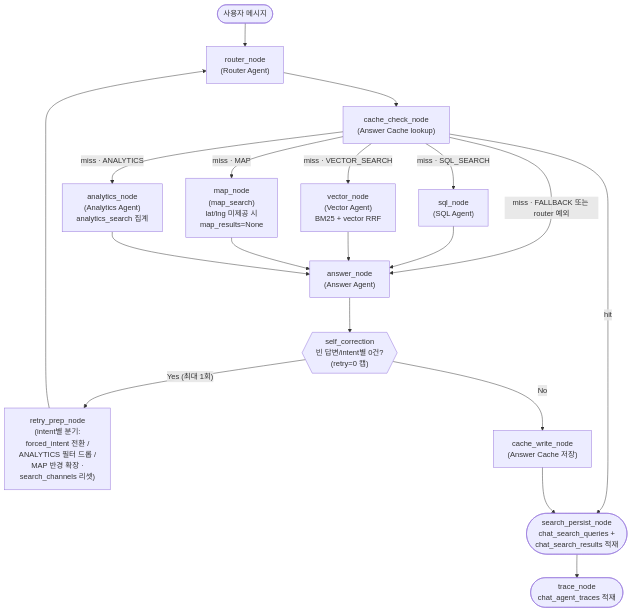
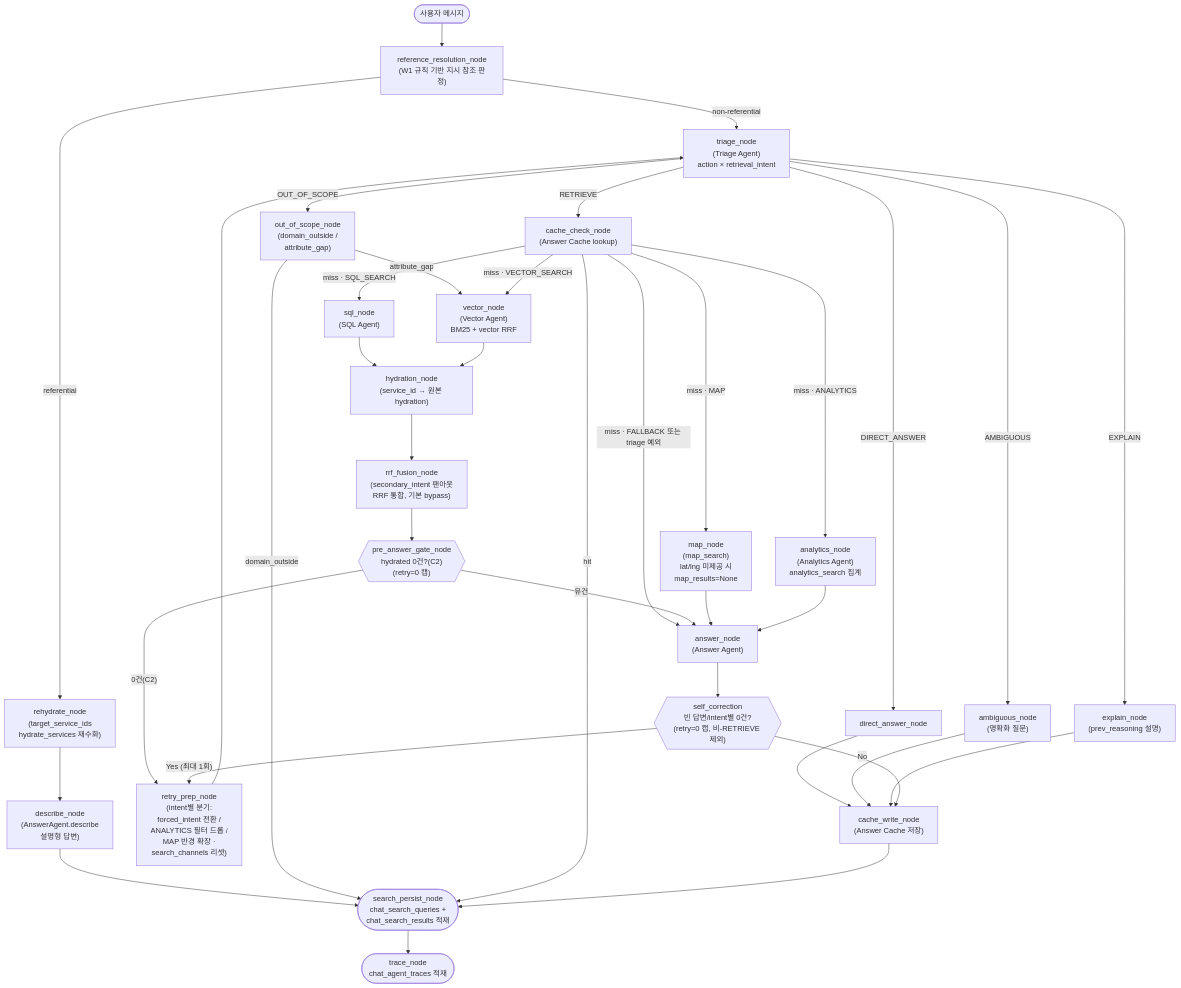
Before and after one commit to f-lab-edu/on-seoul: the diagram in on-seoul-agent/docs/ai-agent-design.md, drawn with Mermaid. The commit also changed other lines of this file and 2 other files, not shown here.

````diff
--- a/on-seoul-agent/docs/ai-agent-design.md
+++ b/on-seoul-agent/docs/ai-agent-design.md
@@ -21,37 +23,68 @@
 ```mermaid
 flowchart TD
     START(["사용자 메시지"])
-    ROUTER["router_node<br/>(Router Agent)"]
+    REF["reference_resolution_node<br/>(W1 규칙 기반 지시 참조 판정)"]
+    REHYDRATE["rehydrate_node<br/>(target_service_ids<br/>hydrate_services 재수화)"]
+    DESCRIBE["describe_node<br/>(AnswerAgent.describe<br/>설명형 답변)"]
+    TRIAGE["triage_node<br/>(Triage Agent)<br/>action × retrieval_intent"]
+    DIRECT["direct_answer_node"]
+    AMBIG["ambiguous_node<br/>(명확화 질문)"]
+    OOS["out_of_scope_node<br/>(domain_outside /<br/>attribute_gap)"]
+    EXPLAIN["explain_node<br/>(prev_reasoning 설명)"]
     CACHE_CHECK["cache_check_node<br/>(Answer Cache lookup)"]
     SQL["sql_node<br/>(SQL Agent)"]
     VECTOR["vector_node<br/>(Vector Agent)<br/>BM25 + vector RRF"]
     MAP["map_node<br/>(map_search)<br/>lat/lng 미제공 시<br/>map_results=None"]
     ANALYTICS["analytics_node<br/>(Analytics Agent)<br/>analytics_search 집계"]
+    HYDRATION["hydration_node<br/>(service_id → 원본 hydration)"]
+    RRF["rrf_fusion_node<br/>(secondary_intent 팬아웃<br/>RRF 통합, 기본 bypass)"]
+    GATE{{"pre_answer_gate_node<br/>hydrated 0건?(C2)<br/>(retry=0 캡)"}}
     ANSWER["answer_node<br/>(Answer Agent)"]
-    SELF_CORR{{"self_correction<br/>빈 답변/intent별 0건?<br/>(retry=0 캡)"}}
+    SELF_CORR{{"self_correction<br/>빈 답변/intent별 0건?<br/>(retry=0 캡, 비-RETRIEVE 제외)"}}
     RETRY_PREP["retry_prep_node<br/>(intent별 분기:<br/>forced_intent 전환 /<br/>ANALYTICS 필터 드롭 /<br/>MAP 반경 확장 ·<br/>search_channels 리셋)"]
     CACHE_WRITE["cache_write_node<br/>(Answer Cache 저장)"]
     SEARCH_PERSIST(["search_persist_node<br/>chat_search_queries +<br/>chat_search_results 적재"])
     TRACE(["trace_node<br/>chat_agent_traces 적재"])
 
-    START --> ROUTER
-    ROUTER --> CACHE_CHECK
+    START --> REF
+    REF -- "referential" --> REHYDRATE
+    REF -- "non-referential" --> TRIAGE
+    REHYDRATE --> DESCRIBE
+    DESCRIBE --> SEARCH_PERSIST
+
+    TRIAGE -- "RETRIEVE" --> CACHE_CHECK
+    TRIAGE -- "DIRECT_ANSWER" --> DIRECT
+    TRIAGE -- "AMBIGUOUS" --> AMBIG
+    TRIAGE -- "OUT_OF_SCOPE" --> OOS
+    TRIAGE -- "EXPLAIN" --> EXPLAIN
+
+    OOS -- "attribute_gap" --> VECTOR
+    OOS -- "domain_outside" --> SEARCH_PERSIST
+
     CACHE_CHECK -- "hit" --> SEARCH_PERSIST
     CACHE_CHECK -- "miss · SQL_SEARCH" --> SQL
     CACHE_CHECK -- "miss · VECTOR_SEARCH" --> VECTOR
     CACHE_CHECK -- "miss · MAP" --> MAP
     CACHE_CHECK -- "miss · ANALYTICS" --> ANALYTICS
-    CACHE_CHECK -- "miss · FALLBACK 또는 router 예외" --> ANSWER
+    CACHE_CHECK -- "miss · FALLBACK 또는 triage 예외" --> ANSWER
 
-    SQL --> ANSWER
-    VECTOR --> ANSWER
+    SQL --> HYDRATION
+    VECTOR --> HYDRATION
+    HYDRATION --> RRF
+    RRF --> GATE
+    GATE -- "유건" --> ANSWER
+    GATE -- "0건(C2)" --> RETRY_PREP
     MAP --> ANSWER
     ANALYTICS --> ANSWER
 
+    DIRECT --> CACHE_WRITE
+    AMBIG --> CACHE_WRITE
+    EXPLAIN --> CACHE_WRITE
+
     ANSWER --> SELF_CORR
     SELF_CORR -- "Yes (최대 1회)" --> RETRY_PREP
-    RETRY_PREP --> ROUTER
+    RETRY_PREP --> TRIAGE
     SELF_CORR -- "No" --> CACHE_WRITE
     CACHE_WRITE --> SEARCH_PERSIST
     SEARCH_PERSIST --> TRACE
 ```
````
